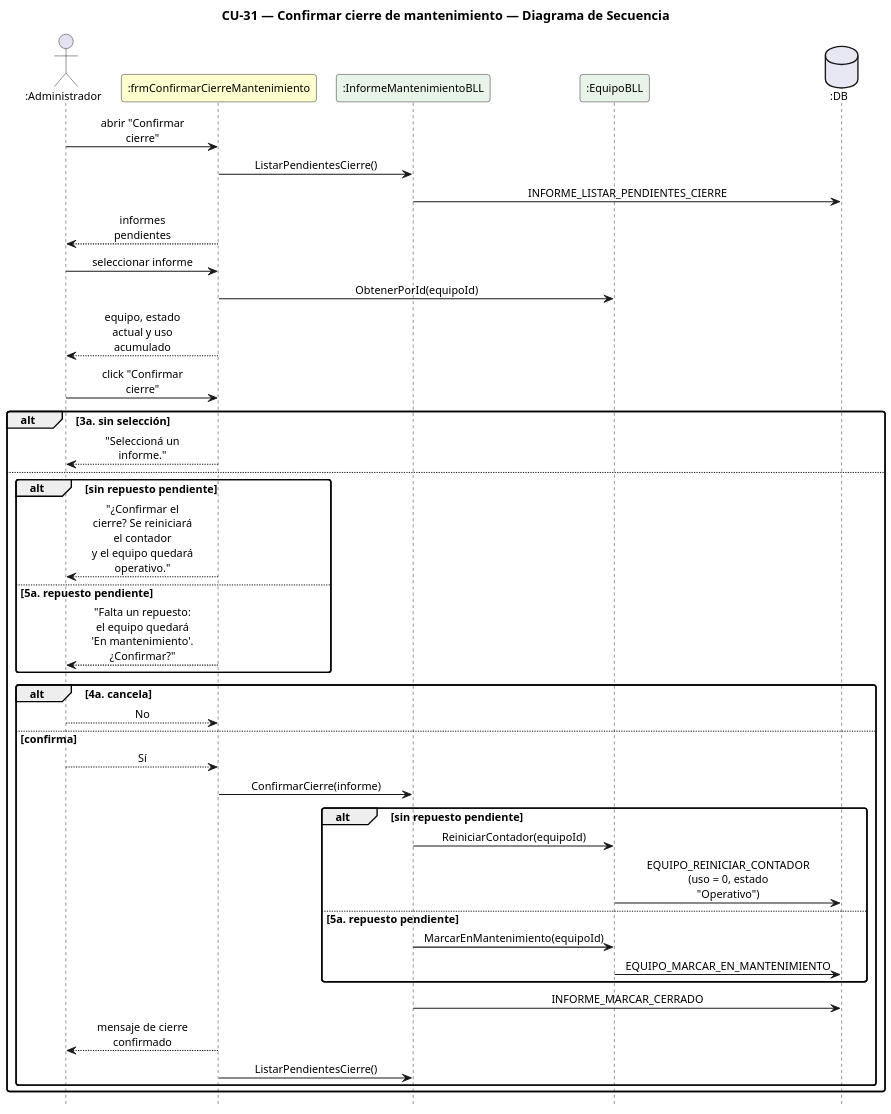
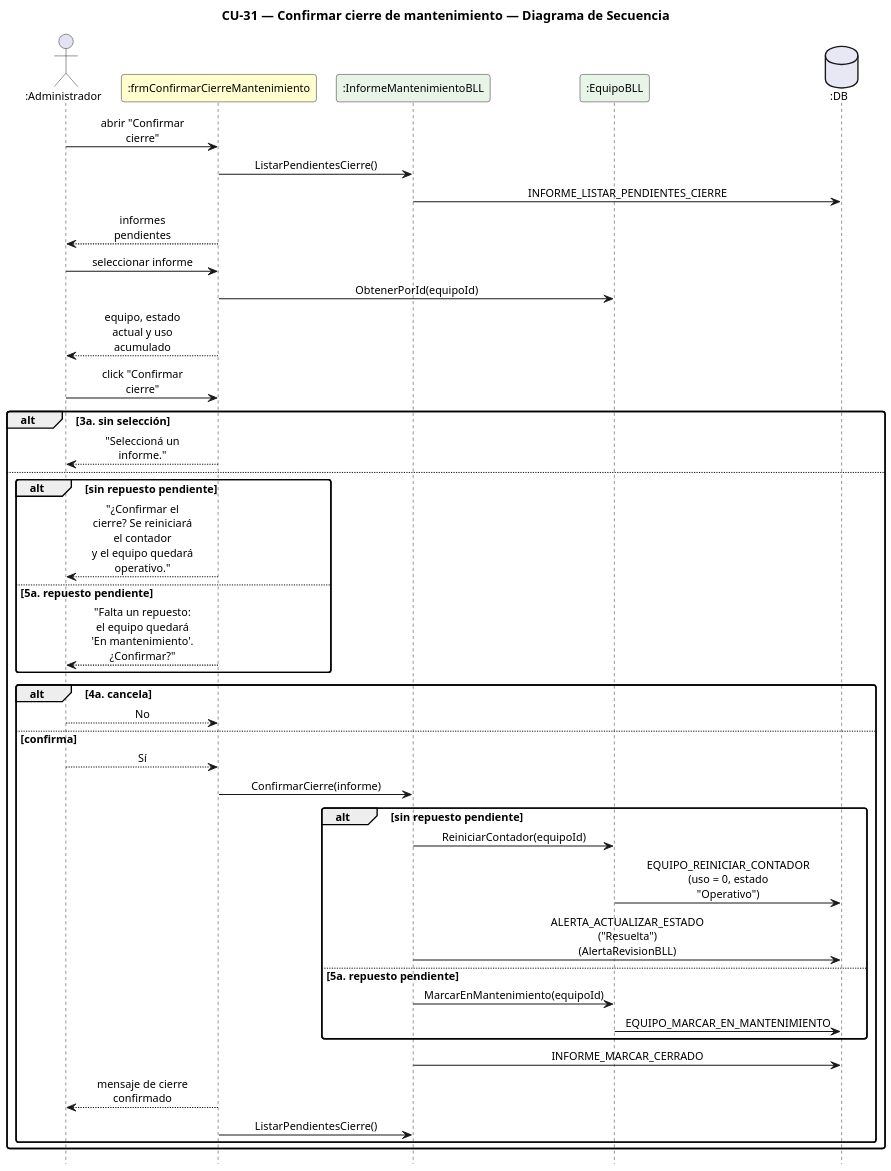
One commit to Urrels/ingenieria_software changed the diagram in DIAGRAMAS/DiagramaSecuencia_CU31_ConfirmarCierreMantenimiento.puml. Above: the diagram before and after it, drawn with PlantUML. The commit also changed 18 other files, not shown here.

```diff
--- a/DIAGRAMAS/DiagramaSecuencia_CU31_ConfirmarCierreMantenimiento.puml
+++ b/DIAGRAMAS/DiagramaSecuencia_CU31_ConfirmarCierreMantenimiento.puml
@@ -1,56 +1,57 @@
 @startuml DiagramaSecuencia_CU31_ConfirmarCierreMantenimiento
 
 title CU-31 — Confirmar cierre de mantenimiento — Diagrama de Secuencia
 
 skinparam shadowing false
 skinparam roundcorner 6
 skinparam sequenceArrowThickness 1.2
 skinparam ParticipantPadding 6
 skinparam BoxPadding 4
 skinparam maxMessageSize 115
 skinparam sequenceMessageAlign center
 skinparam defaultFontSize 12
 skinparam dpi 140
 hide footbox
 
 actor ":Administrador" as A
 participant ":frmConfirmarCierreMantenimiento" as F #FEFECE
 participant ":InformeMantenimientoBLL" as IB #E8F4E8
 participant ":EquipoBLL" as EB #E8F4E8
 database ":DB" as DB #E8E8F4
 
 A -> F : abrir "Confirmar cierre"
 F -> IB : ListarPendientesCierre()
 IB -> DB : INFORME_LISTAR_PENDIENTES_CIERRE
 F --> A : informes pendientes
 A -> F : seleccionar informe
 F -> EB : ObtenerPorId(equipoId)
 F --> A : equipo, estado actual y uso acumulado
 A -> F : click "Confirmar cierre"
 alt 3a. sin selección
   F --> A : "Seleccioná un informe."
 else
   alt sin repuesto pendiente
     F --> A : "¿Confirmar el cierre? Se reiniciará el contador\ny el equipo quedará operativo."
   else 5a. repuesto pendiente
     F --> A : "Falta un repuesto: el equipo quedará\n'En mantenimiento'. ¿Confirmar?"
   end
   alt 4a. cancela
     A --> F : No
   else confirma
     A --> F : Sí
     F -> IB : ConfirmarCierre(informe)
     alt sin repuesto pendiente
       IB -> EB : ReiniciarContador(equipoId)
       EB -> DB : EQUIPO_REINICIAR_CONTADOR\n(uso = 0, estado "Operativo")
+      IB -> DB : ALERTA_ACTUALIZAR_ESTADO ("Resuelta")\n(AlertaRevisionBLL)
     else 5a. repuesto pendiente
       IB -> EB : MarcarEnMantenimiento(equipoId)
       EB -> DB : EQUIPO_MARCAR_EN_MANTENIMIENTO
     end
     IB -> DB : INFORME_MARCAR_CERRADO
     F --> A : mensaje de cierre confirmado
     F -> IB : ListarPendientesCierre()
   end
 end
 
 @enduml
```
